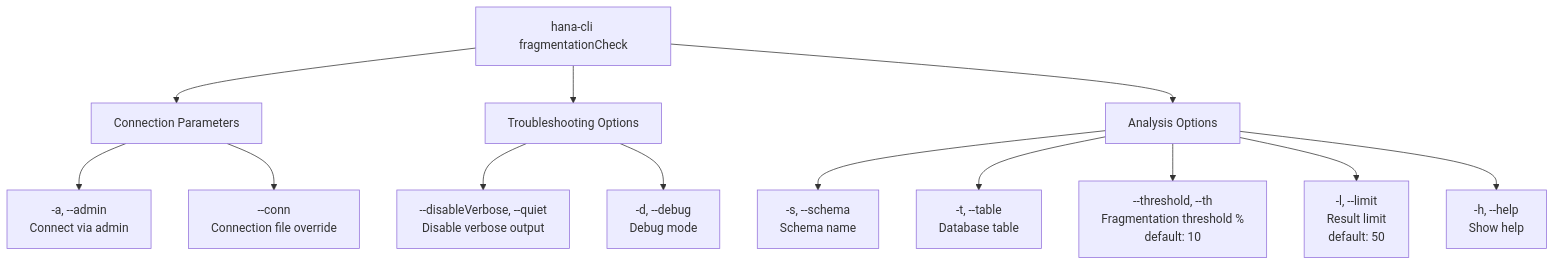
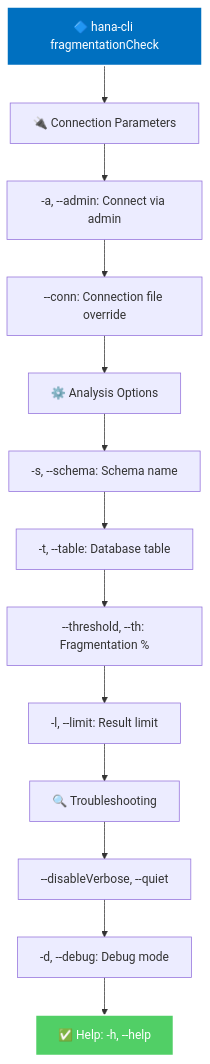
The diagram in docs/02-commands/analysis-tools/fragmentation-check.md (SAP-samples/hana-developer-cli-tool-example), drawn with Mermaid before and after one commit. The commit also changed 14 other files, not shown here.

Commit message:
feat: Enhance documentation with Mermaid diagrams for analysis tools; update command structures and styling

````diff
--- a/docs/02-commands/analysis-tools/fragmentation-check.md
+++ b/docs/02-commands/analysis-tools/fragmentation-check.md
@@ -117,18 +117,19 @@
 ```mermaid
 graph TD
-    A["hana-cli fragmentationCheck"] --> B["Connection Parameters"]
-    A --> C["Troubleshooting Options"]
-    A --> D["Analysis Options"]
+    A["🔷 hana-cli fragmentationCheck"]
+    A --> B["🔌 Connection Parameters"]
+    B --> B1["-a, --admin: Connect via admin"]
+    B1 --> B2["--conn: Connection file override"]
+    B2 --> C["⚙️ Analysis Options"]
+    C --> C1["-s, --schema: Schema name"]
+    C1 --> C2["-t, --table: Database table"]
+    C2 --> C3["--threshold, --th: Fragmentation %"]
+    C3 --> C4["-l, --limit: Result limit"]
+    C4 --> D["🔍 Troubleshooting"]
+    D --> D1["--disableVerbose, --quiet"]
+    D1 --> D2["-d, --debug: Debug mode"]
+    D2 --> E["✅ Help: -h, --help"]
     
-    B --> B1["-a, --admin<br/>Connect via admin"]
-    B --> B2["--conn<br/>Connection file override"]
-    
-    C --> C1["--disableVerbose, --quiet<br/>Disable verbose output"]
-    C --> C2["-d, --debug<br/>Debug mode"]
-    
-    D --> D1["-s, --schema<br/>Schema name"]
-    D --> D2["-t, --table<br/>Database table"]
-    D --> D3["--threshold, --th<br/>Fragmentation threshold %<br/>default: 10"]
-    D --> D4["-l, --limit<br/>Result limit<br/>default: 50"]
-    D --> D5["-h, --help<br/>Show help"]
+    style A fill:#0070C0,color:#fff,stroke:#fff,stroke-width:2px
+    style E fill:#51CF66,color:#fff,stroke:#fff,stroke-width:2px
 ```
````
